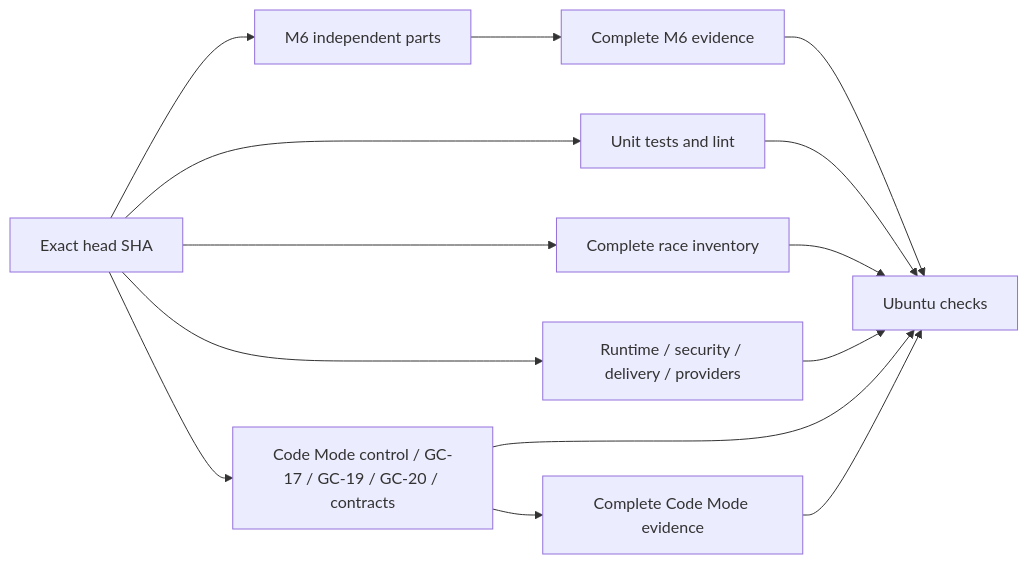
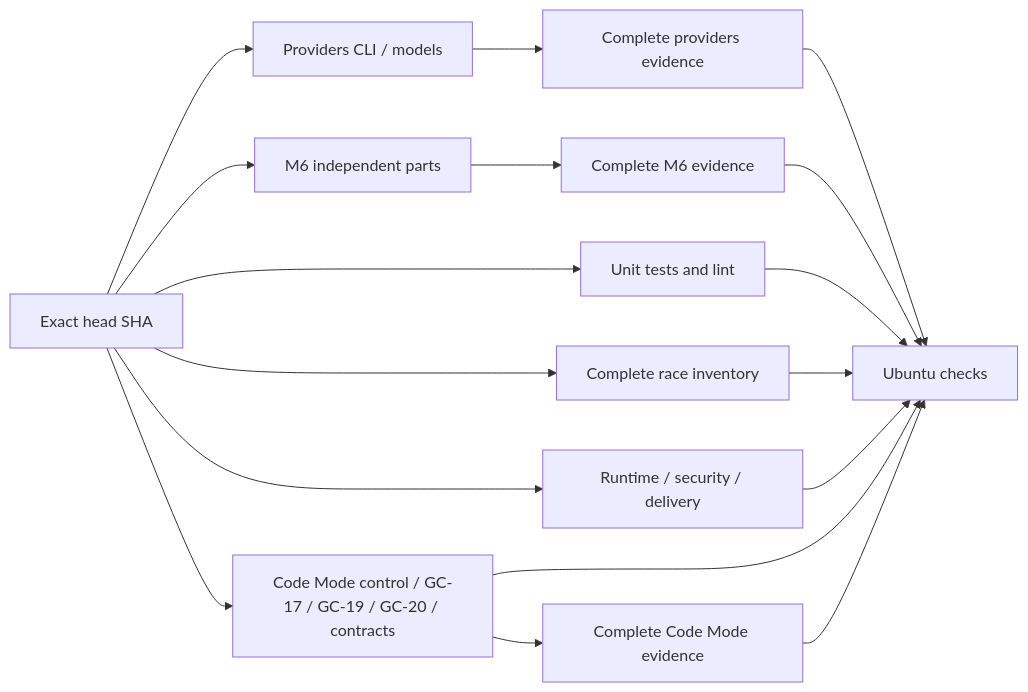
The diagram in docs/ci.md (z-chenhao/assistant), drawn with Mermaid before and after one commit. The commit also changed other lines of this file and 12 other files, not shown here.

Commit message:
ERII-339: split providers model checks and retain strict evidence join

````diff
--- a/docs/ci.md
+++ b/docs/ci.md
@@ -21,16 +21,19 @@
 ```mermaid
 flowchart LR
     SHA[Exact head SHA] --> Unit[Unit tests and lint]
     SHA --> Race[Complete race inventory]
-    SHA --> Verify[Runtime / security / delivery / providers]
+    SHA --> Verify[Runtime / security / delivery]
+    SHA --> Providers[Providers CLI / models]
+    Providers --> ProviderJoin[Complete providers evidence]
+    ProviderJoin --> Gate
     SHA --> Personal[M6 independent parts]
     Personal --> M6Join[Complete M6 evidence]
     M6Join --> Gate
     SHA --> Parts[Code Mode control / GC-17 / GC-19 / GC-20 / contracts]
     Parts --> Join[Complete Code Mode evidence]
     Unit --> Gate[Ubuntu checks]
     Race --> Gate
     Verify --> Gate
     Parts --> Gate
     Join --> Gate
 ```
````
